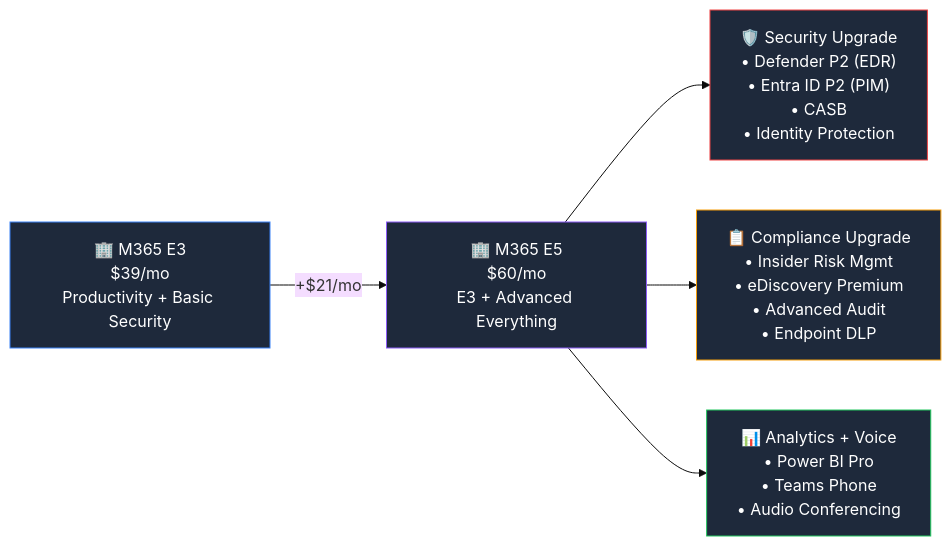
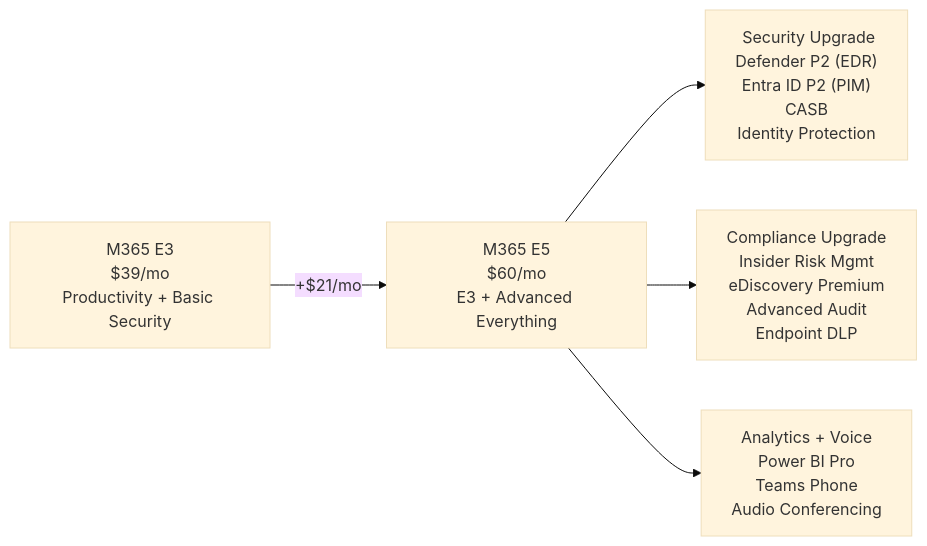
Before and after one commit to susanthgit/aguidetocloud-revamp: the first of 2 diagrams in content/licensing/microsoft-365-e5.md, drawn with Mermaid (base theme). The commit also changed other lines of this file and 553 other files, not shown here.

First line of the commit message:
🌸 Z17: Zen Mermaid diagrams — Stripe Docs style

````diff
--- a/content/licensing/microsoft-365-e5.md
+++ b/content/licensing/microsoft-365-e5.md
@@ -54,17 +54,12 @@
 ```mermaid
 flowchart LR
-    E3["🏢 M365 E3\n$39/mo\nProductivity + Basic Security"]
-    E5["🏢 M365 E5\n$60/mo\nE3 + Advanced Everything"]
-    SEC["🛡️ Security Upgrade\n• Defender P2 (EDR)\n• Entra ID P2 (PIM)\n• CASB\n• Identity Protection"]
-    COMP["📋 Compliance Upgrade\n• Insider Risk Mgmt\n• eDiscovery Premium\n• Advanced Audit\n• Endpoint DLP"]
-    ANA["📊 Analytics + Voice\n• Power BI Pro\n• Teams Phone\n• Audio Conferencing"]
+    E3["M365 E3<br/>$39/mo<br/>Productivity + Basic Security"]
+    E5["M365 E5<br/>$60/mo<br/>E3 + Advanced Everything"]
+    SEC["️ Security Upgrade<br/>Defender P2 (EDR)<br/>Entra ID P2 (PIM)<br/>CASB<br/>Identity Protection"]
+    COMP["Compliance Upgrade<br/>Insider Risk Mgmt<br/>eDiscovery Premium<br/>Advanced Audit<br/>Endpoint DLP"]
+    ANA["Analytics + Voice<br/>Power BI Pro<br/>Teams Phone<br/>Audio Conferencing"]
     E3 -->|"+$21/mo"| E5
     E5 --> SEC
     E5 --> COMP
     E5 --> ANA
-    style E3 fill:#1e293b,stroke:#3b82f6,color:#ffffff
-    style E5 fill:#1e293b,stroke:#8b5cf6,color:#ffffff
-    style SEC fill:#1e293b,stroke:#ef4444,color:#ffffff
-    style COMP fill:#1e293b,stroke:#f59e0b,color:#ffffff
-    style ANA fill:#1e293b,stroke:#22c55e,color:#ffffff
 ```
````
